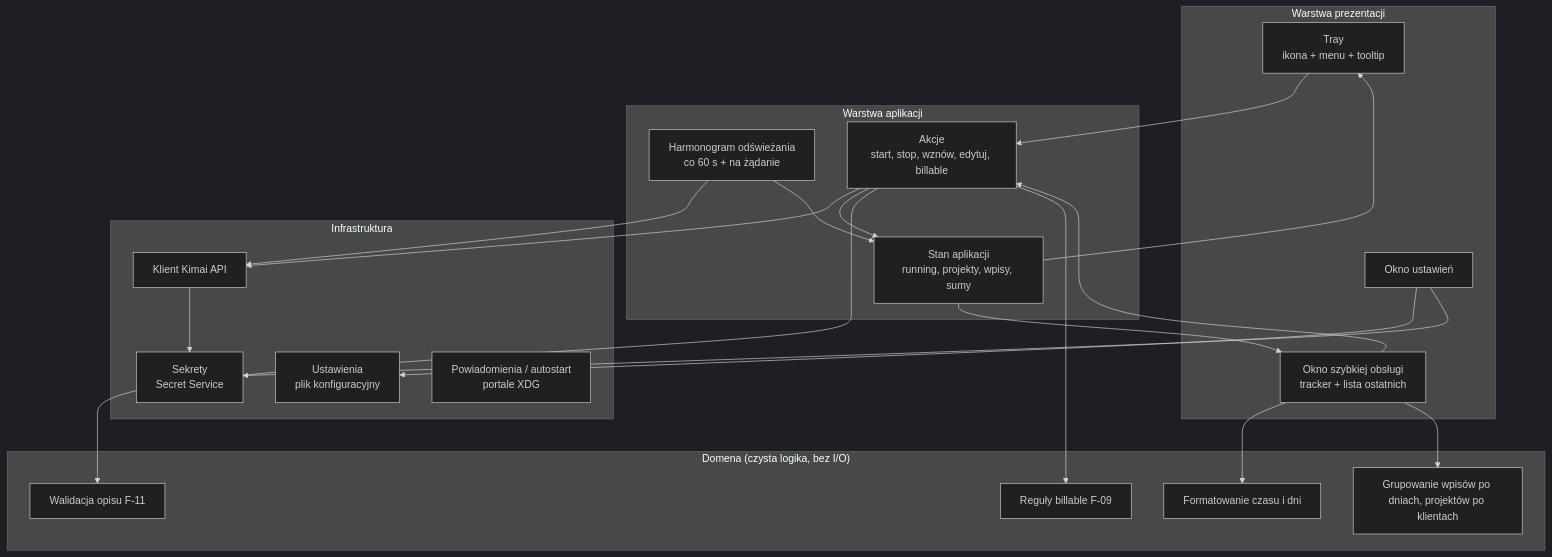
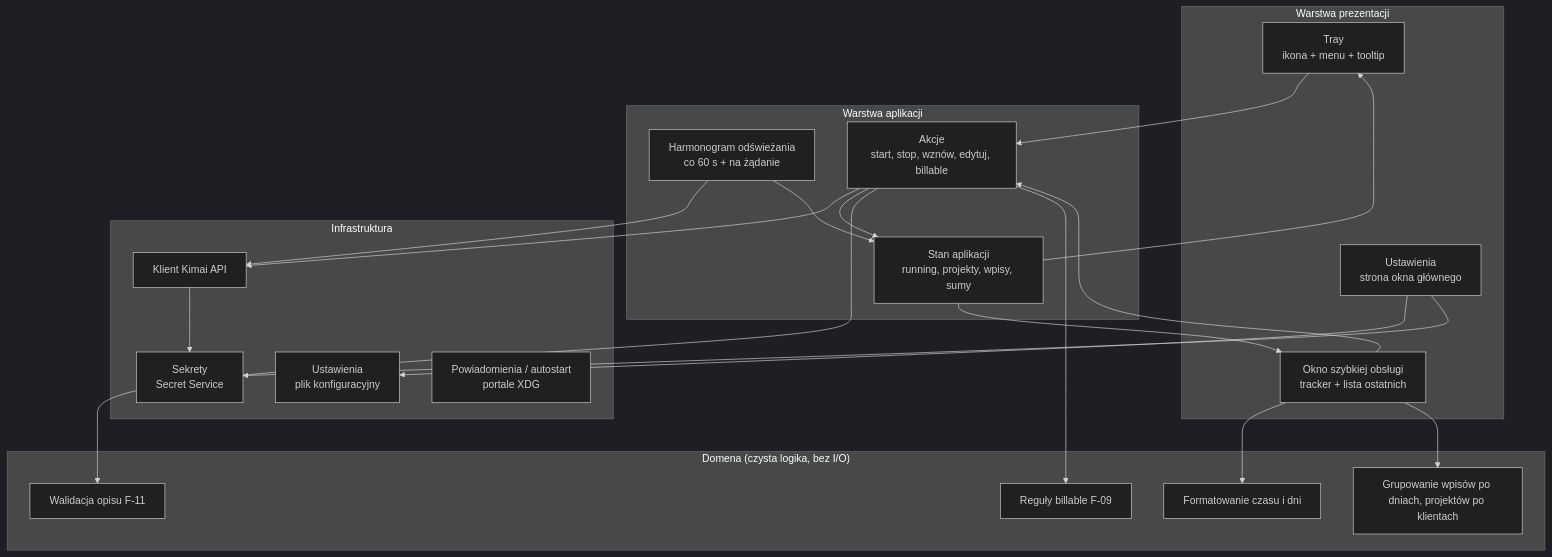
Before and after one commit to DragonKing026/DK-Tracker-Linux: the first of 4 diagrams in docs/architektura/architektura-aplikacji.md, drawn with Mermaid (dark theme). The commit also changed other lines of this file and 4 other files, not shown here.

````diff
--- a/docs/architektura/architektura-aplikacji.md
+++ b/docs/architektura/architektura-aplikacji.md
@@ -19,40 +19,40 @@
 ```mermaid
 flowchart TB
     subgraph UI["Warstwa prezentacji"]
         TRAY[Tray<br/>ikona + menu + tooltip]
         WIN[Okno szybkiej obsługi<br/>tracker + lista ostatnich]
-        SET[Okno ustawień]
+        SET[Ustawienia<br/>strona okna głównego]
     end
     subgraph APP["Warstwa aplikacji"]
         STORE[Stan aplikacji<br/>running, projekty, wpisy, sumy]
         POLL[Harmonogram odświeżania<br/>co 60 s + na żądanie]
         ACT[Akcje<br/>start, stop, wznów, edytuj, billable]
     end
     subgraph DOM["Domena (czysta logika, bez I/O)"]
         VAL[Walidacja opisu F-11]
         BILL[Reguły billable F-09]
         FMT[Formatowanie czasu i dni]
         GRP[Grupowanie wpisów po dniach, projektów po klientach]
     end
     subgraph INFRA["Infrastruktura"]
         API[Klient Kimai API]
         CFG[Ustawienia<br/>plik konfiguracyjny]
         SEC[Sekrety<br/>Secret Service]
         NOT[Powiadomienia / autostart<br/>portale XDG]
     end
     TRAY --> ACT
     WIN --> ACT
     SET --> CFG
     SET --> SEC
     ACT --> API
     ACT --> STORE
     POLL --> API
     POLL --> STORE
     STORE --> TRAY
     STORE --> WIN
     ACT --> VAL
     ACT --> BILL
     WIN --> FMT
     WIN --> GRP
     API --> SEC
 ```
````
